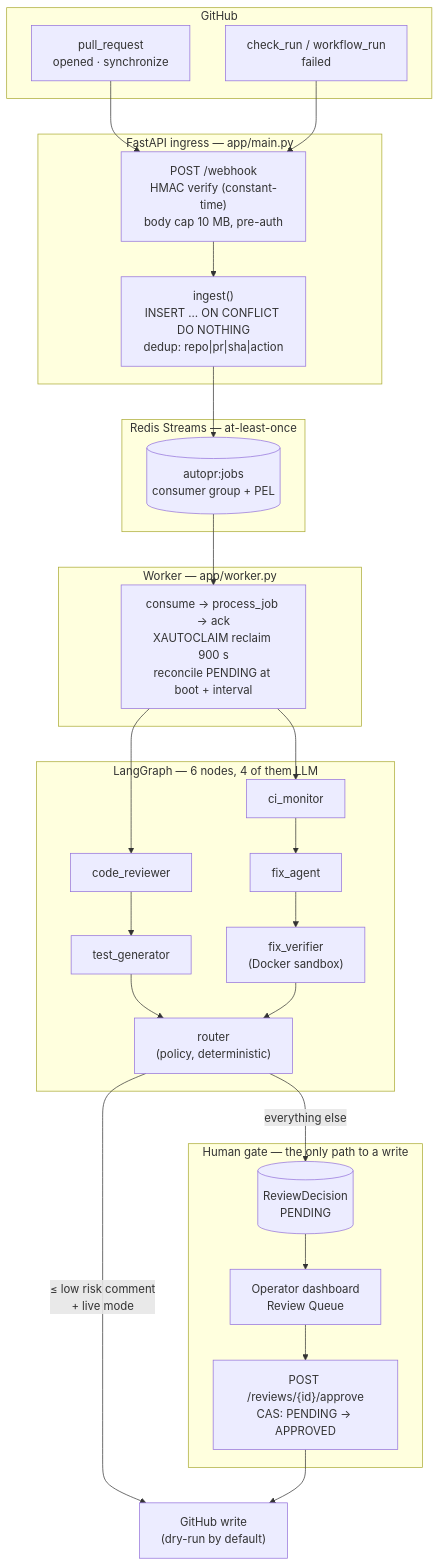
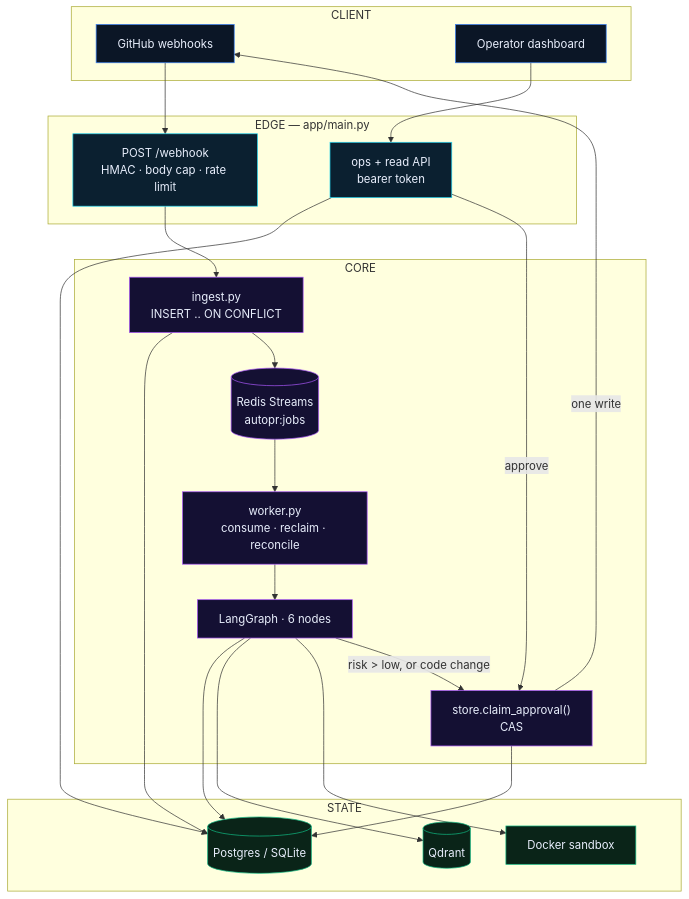
One commit to sheikhayaan/AUTOPR changed the first of 8 diagrams in README.md. Above: the diagram before and after it, drawn with Mermaid. The commit also changed other lines of this file and 10 other files, not shown here.

First line of the commit message:
README rebuilt as a measured, verifiable case study + SVG figure pipeline

````diff
--- a/README.md
+++ b/README.md
@@ -68,48 +166,43 @@
 ```mermaid
-flowchart TD
-    subgraph GH["GitHub"]
-        PR["pull_request<br/>opened · synchronize"]
-        CI["check_run / workflow_run<br/>failed"]
+flowchart TB
+    subgraph CLIENT["CLIENT"]
+        GH["GitHub webhooks"]
+        OP["Operator dashboard"]
     end
+    subgraph EDGE["EDGE — app/main.py"]
+        WH["POST /webhook<br/>HMAC · body cap · rate limit"]
+        OPS["ops + read API<br/>bearer token"]
+    end
+    subgraph CORE["CORE"]
+        ING["ingest.py<br/>INSERT .. ON CONFLICT"]
+        Q[("Redis Streams<br/>autopr:jobs")]
+        WK["worker.py<br/>consume · reclaim · reconcile"]
+        G["LangGraph · 6 nodes"]
+        GATE["store.claim_approval()<br/>CAS"]
+    end
+    subgraph STATE["STATE"]
+        PG[("Postgres / SQLite")]
+        QD[("Qdrant")]
+        SBX["Docker sandbox"]
+    end
+ 
+    GH --> WH --> ING --> PG
+    ING --> Q --> WK --> G
+    G --> PG
+    G --> QD
+    G --> SBX
+    G -->|"risk > low, or code change"| GATE
+    OP --> OPS
+    OPS --> PG
+    OPS -->|"approve"| GATE --> PG
+    GATE -->|"one write"| GH
 
-    subgraph API["FastAPI ingress — app/main.py"]
-        WH["POST /webhook<br/>HMAC verify (constant-time)<br/>body cap 10 MB, pre-auth"]
-        ING["ingest()<br/>INSERT … ON CONFLICT DO NOTHING<br/>dedup: repo|pr|sha|action"]
-    end
-
-    subgraph Q["Redis Streams — at-least-once"]
-        STREAM[("autopr:jobs<br/>consumer group + PEL")]
-    end
-
-    subgraph W["Worker — app/worker.py"]
-        LOOP["consume → process_job → ack<br/>XAUTOCLAIM reclaim 900 s<br/>reconcile PENDING at boot + interval"]
-    end
-
-    subgraph G["LangGraph — 6 nodes, 4 of them LLM"]
-        CR["code_reviewer"]
-        TG["test_generator"]
-        CM["ci_monitor"]
-        FA["fix_agent"]
-        FV["fix_verifier<br/>(Docker sandbox)"]
-        RT["router<br/>(policy, deterministic)"]
-    end
-
-    subgraph GATE["Human gate — the only path to a write"]
-        Q1[("ReviewDecision<br/>PENDING")]
-        DASH["Operator dashboard<br/>Review Queue"]
-        APPROVE["POST /reviews/{id}/approve<br/>CAS: PENDING → APPROVED"]
-    end
-
-    OUT["GitHub write<br/>(dry-run by default)"]
-
-    PR --> WH
-    CI --> WH
-    WH --> ING --> STREAM --> LOOP
-    LOOP --> CR
-    LOOP --> CM
-    CR --> TG --> RT
-    CM --> FA --> FV --> RT
-    RT -->|"≤ low risk comment<br/>+ live mode"| OUT
-    RT -->|"everything else"| Q1
-    Q1 --> DASH --> APPROVE --> OUT
+    classDef edge fill:#0b2030,stroke:#22d3ee,color:#e8eefc
+    classDef core fill:#141033,stroke:#a855f7,color:#e8eefc
+    classDef state fill:#0a2418,stroke:#10b981,color:#e8eefc
+    classDef client fill:#0b1626,stroke:#3b82f6,color:#e8eefc
+    class GH,OP client
+    class WH,OPS edge
+    class ING,Q,WK,G,GATE core
+    class PG,QD,SBX state
 ```
````
